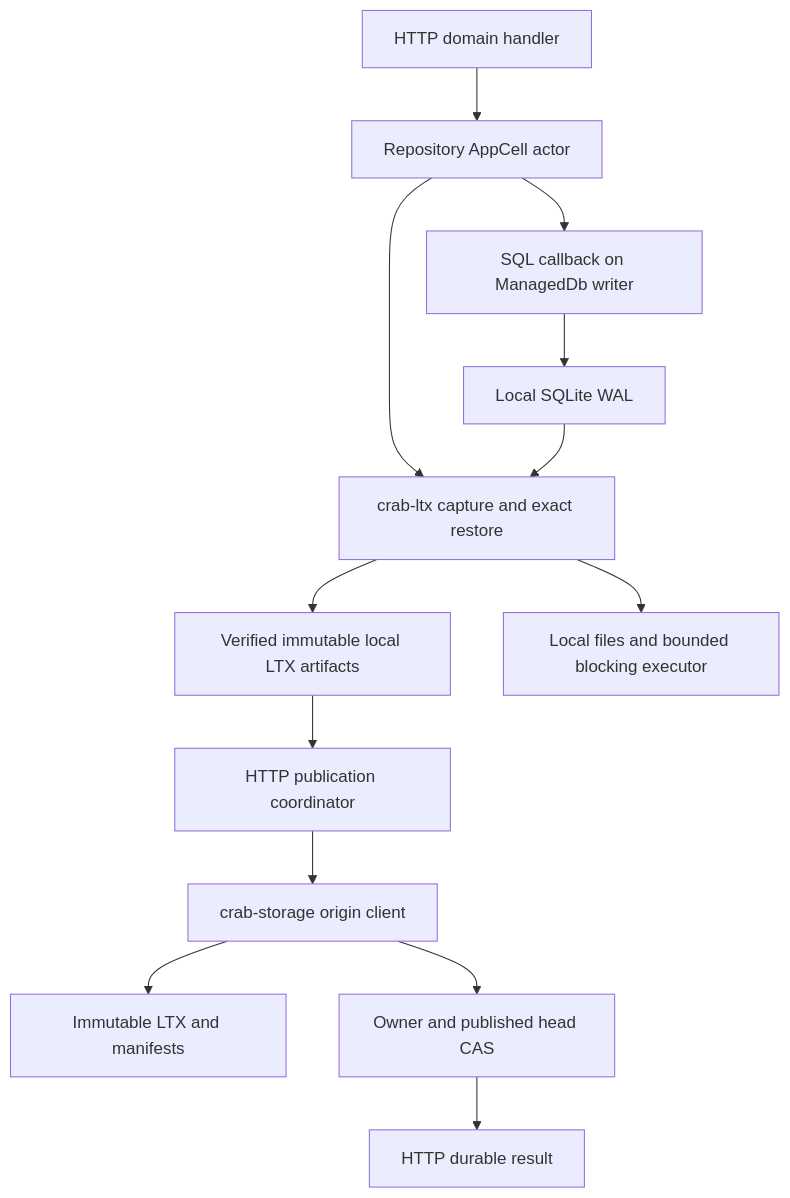
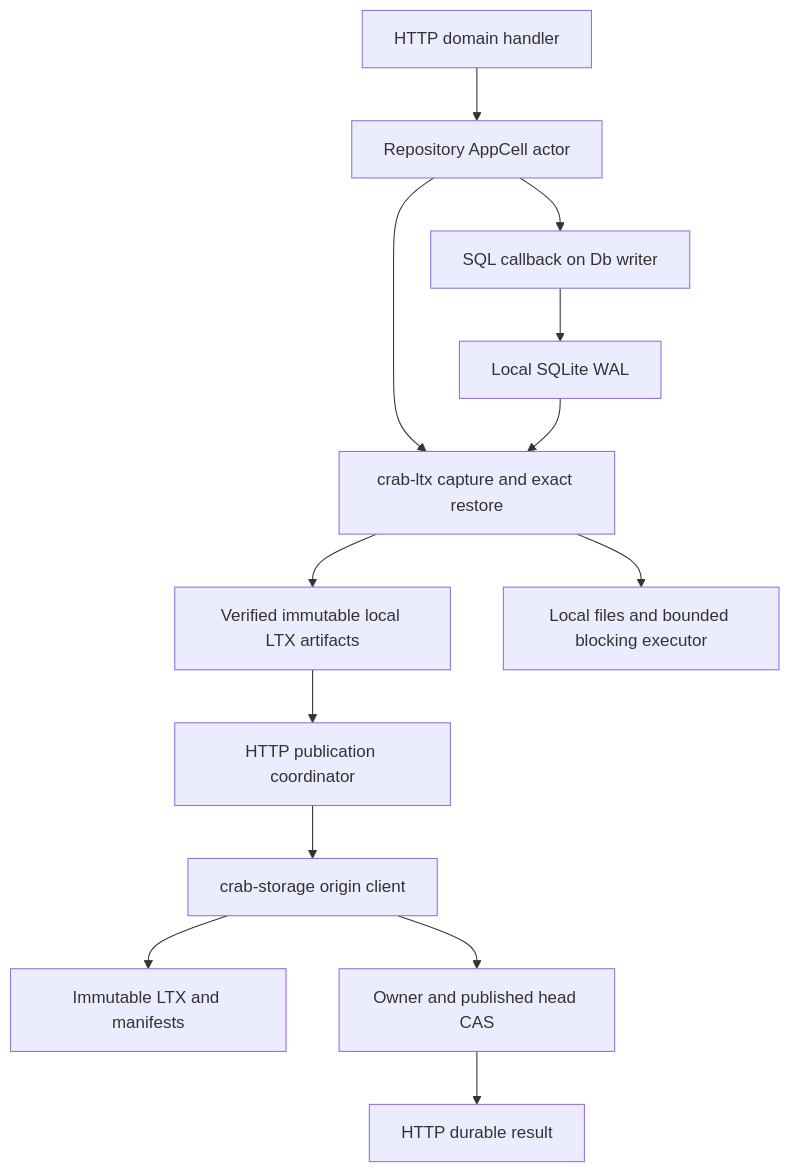
The first of 2 diagrams in crates/crab-http-server/next-architecture/crab-ltx.md (crabbuild/crab), drawn with Mermaid before and after one commit. The commit also changed other lines of this file and 41 other files, not shown here.

````diff
--- a/crates/crab-http-server/next-architecture/crab-ltx.md
+++ b/crates/crab-http-server/next-architecture/crab-ltx.md
@@ -140,15 +140,15 @@
 ```mermaid
 flowchart TB
     Handler[HTTP domain handler] --> Actor[Repository AppCell actor]
-    Actor --> SQL[SQL callback on ManagedDb writer]
+    Actor --> SQL[SQL callback on Db writer]
     Actor --> LTX[crab-ltx capture and exact restore]
     SQL --> WAL[Local SQLite WAL]
     WAL --> LTX
     LTX --> Segments[Verified immutable local LTX artifacts]
     Segments --> Coordinator[HTTP publication coordinator]
     Coordinator --> Store[crab-storage origin client]
     Store --> Graph[Immutable LTX and manifests]
     Store --> Control[Owner and published head CAS]
     Control --> Proof[HTTP durable result]
     LTX --> Disk[Local files and bounded blocking executor]
 ```
````
